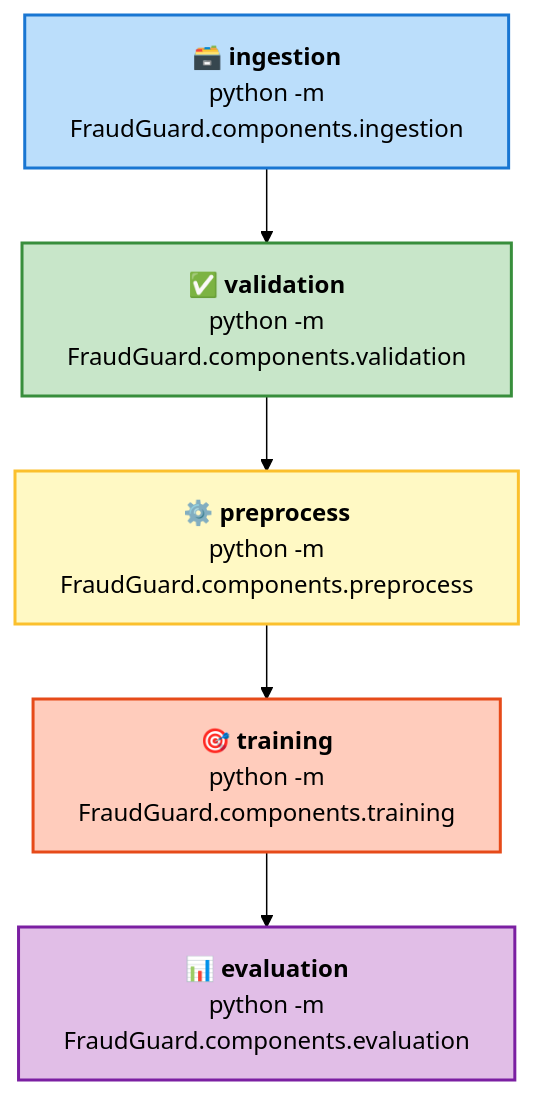
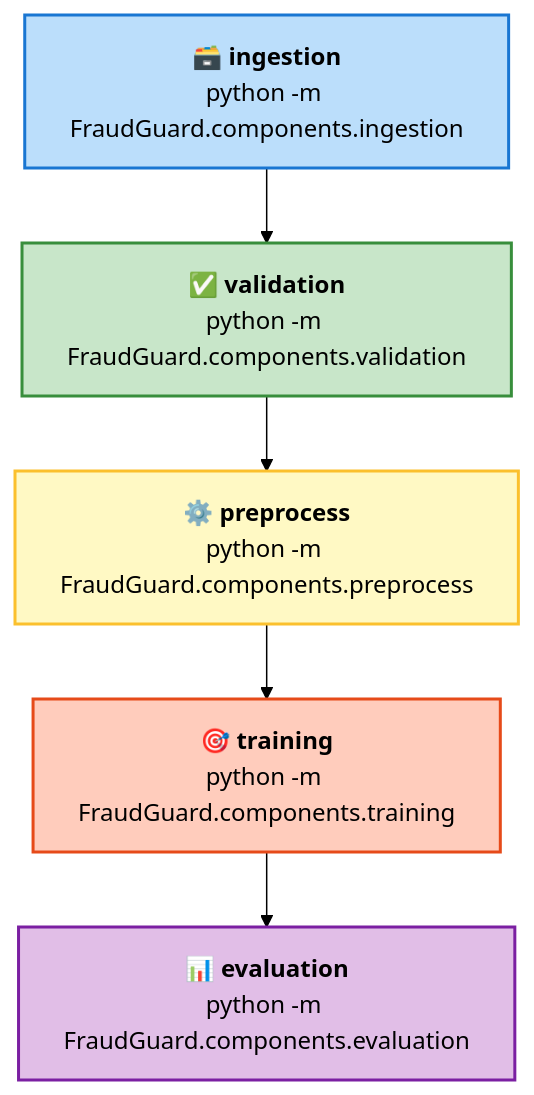
The second of 2 diagrams in README.md (JavithNaseem-J/FraudGuard), drawn with Mermaid (forest theme) before and after one commit. The commit also changed other lines of this file, not shown here.

````diff
--- a/README.md
+++ b/README.md
@@ -64,16 +64,16 @@
 ```mermaid
 flowchart TB
-    A["🗃️ <b>ingestion</b>\n python -m FraudGuard.components.ingestion"]
-    B["✅ <b>validation</b>\n python -m FraudGuard.components.validation"]
-    C["⚙️ <b>preprocess</b>\n python -m FraudGuard.components.preprocess"]
-    D["🎯 <b>training</b>\n python -m FraudGuard.components.training"]
-    E["📊 <b>evaluation</b>\n python -m FraudGuard.components.evaluation"]
+    A["🗃️ <b>ingestion</b><br>python -m FraudGuard.components.ingestion"]
+    B["✅ <b>validation</b><br>python -m FraudGuard.components.validation"]
+    C["⚙️ <b>preprocess</b><br>python -m FraudGuard.components.preprocess"]
+    D["🎯 <b>training</b><br>python -m FraudGuard.components.training"]
+    E["📊 <b>evaluation</b><br>python -m FraudGuard.components.evaluation"]
     
     A --> B --> C --> D --> E
     
     style A fill:#bbdefb,stroke:#1976d2,stroke-width:2px
     style B fill:#c8e6c9,stroke:#388e3c,stroke-width:2px
     style C fill:#fff9c4,stroke:#fbc02d,stroke-width:2px
     style D fill:#ffccbc,stroke:#e64a19,stroke-width:2px
     style E fill:#e1bee7,stroke:#7b1fa2,stroke-width:2px
 ```
````
